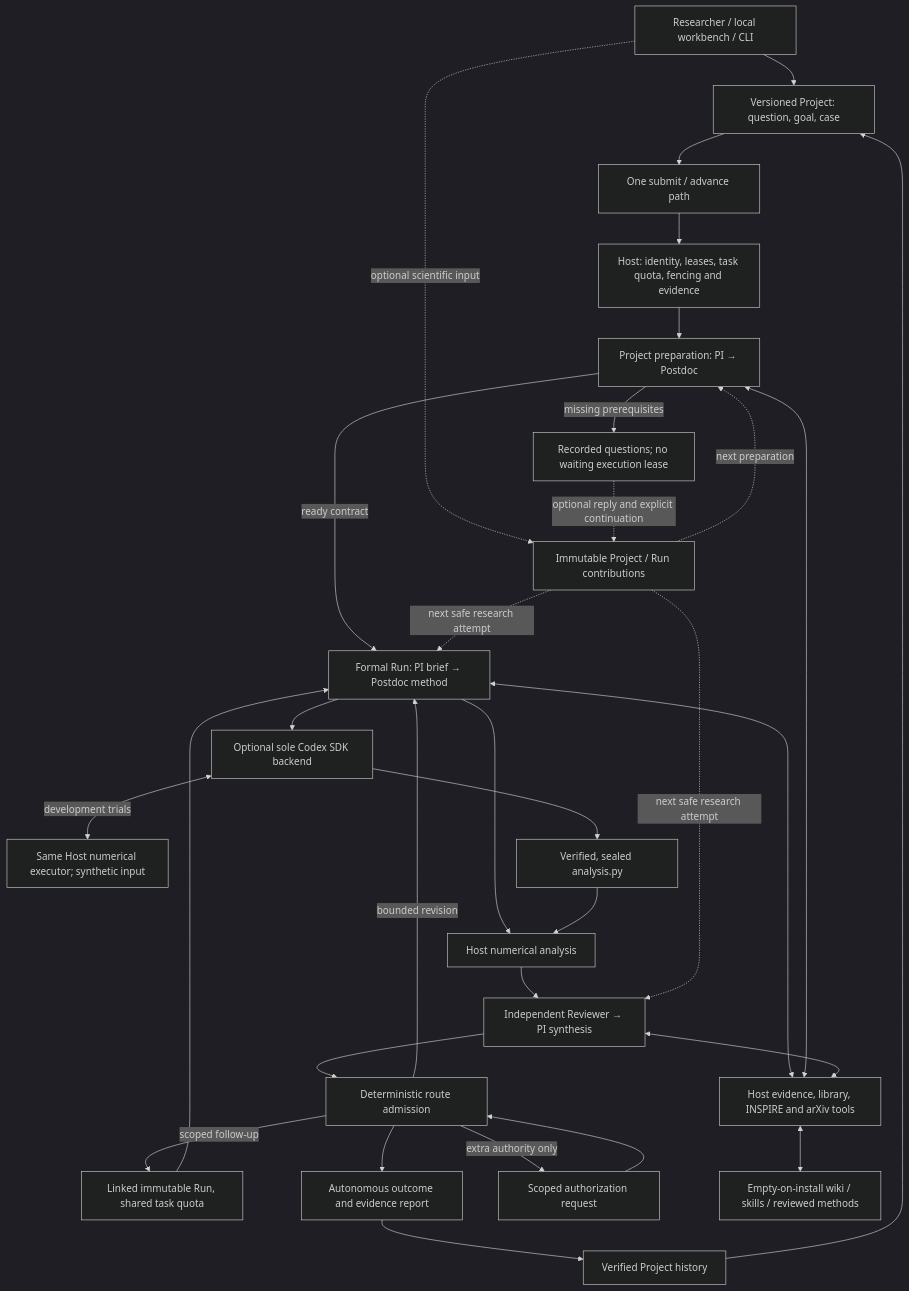
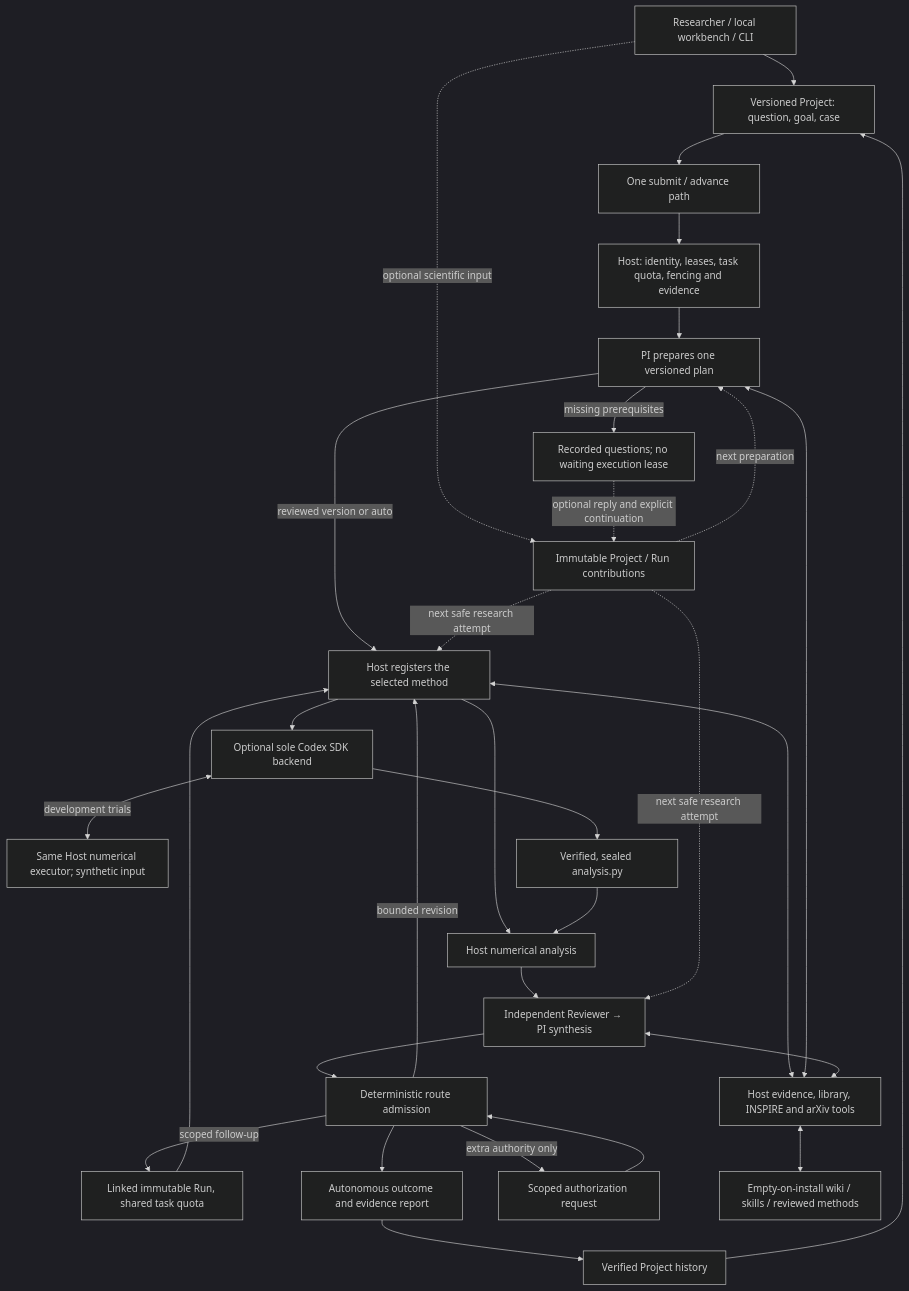
Before and after one commit to Xiaowei251129/lqcd-agent: the diagram in docs/ARCHITECTURE.md, drawn with Mermaid (dark theme). The commit also changed other lines of this file and 47 other files, not shown here.

Commit message:
Plan project research once with a reviewable PI contract

````diff
--- a/docs/ARCHITECTURE.md
+++ b/docs/ARCHITECTURE.md
@@ -5,33 +5,33 @@
 ```mermaid
 flowchart TD
     User["Researcher / local workbench / CLI"] --> Project["Versioned Project: question, goal, case"]
     Project --> Submit["One submit / advance path"]
     Submit --> Control["Host: identity, leases, task quota, fencing and evidence"]
-    Control --> Intake["Project preparation: PI → Postdoc"]
-    Intake -->|ready contract| Plan["Formal Run: PI brief → Postdoc method"]
+    Control --> Intake["PI prepares one versioned plan"]
+    Intake -->|reviewed version or auto| Plan["Host registers the selected method"]
     Intake -->|missing prerequisites| Questions["Recorded questions; no waiting execution lease"]
     Plan --> Code["Optional sole Codex SDK backend"]
     Code <-->|development trials| Trial["Same Host numerical executor; synthetic input"]
     Plan --> Analysis["Host numerical analysis"]
     Code --> Seal["Verified, sealed analysis.py"]
     Seal --> Analysis
     Analysis --> Review["Independent Reviewer → PI synthesis"]
     Review --> Decision["Deterministic route admission"]
     Decision -->|bounded revision| Plan
     Decision -->|scoped follow-up| Child["Linked immutable Run, shared task quota"]
     Child --> Plan
     Decision --> Report["Autonomous outcome and evidence report"]
     Decision -->|extra authority only| Auth["Scoped authorization request"]
     Auth --> Decision
     User -. optional scientific input .-> Notes["Immutable Project / Run contributions"]
     Questions -. optional reply and explicit continuation .-> Notes
     Notes -. next preparation .-> Intake
     Notes -. next safe research attempt .-> Plan
     Notes -. next safe research attempt .-> Review
     Plan <--> Tools["Host evidence, library, INSPIRE and arXiv tools"]
     Intake <--> Tools
     Review <--> Tools
     Tools <--> Library["Empty-on-install wiki / skills / reviewed methods"]
     Report --> Capture["Verified Project history"]
     Capture --> Project
 ```
````
